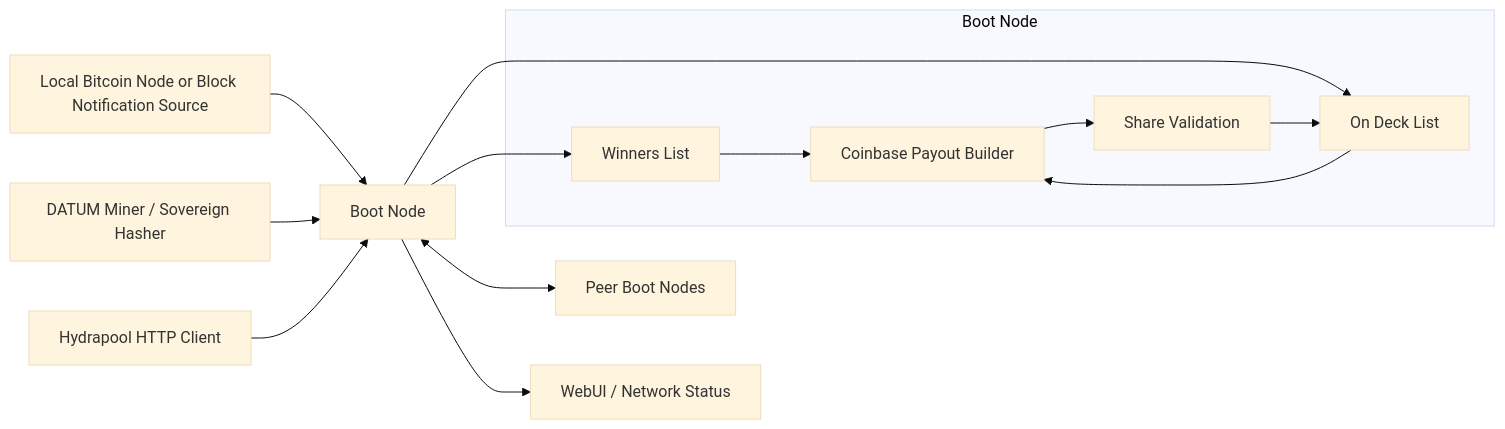
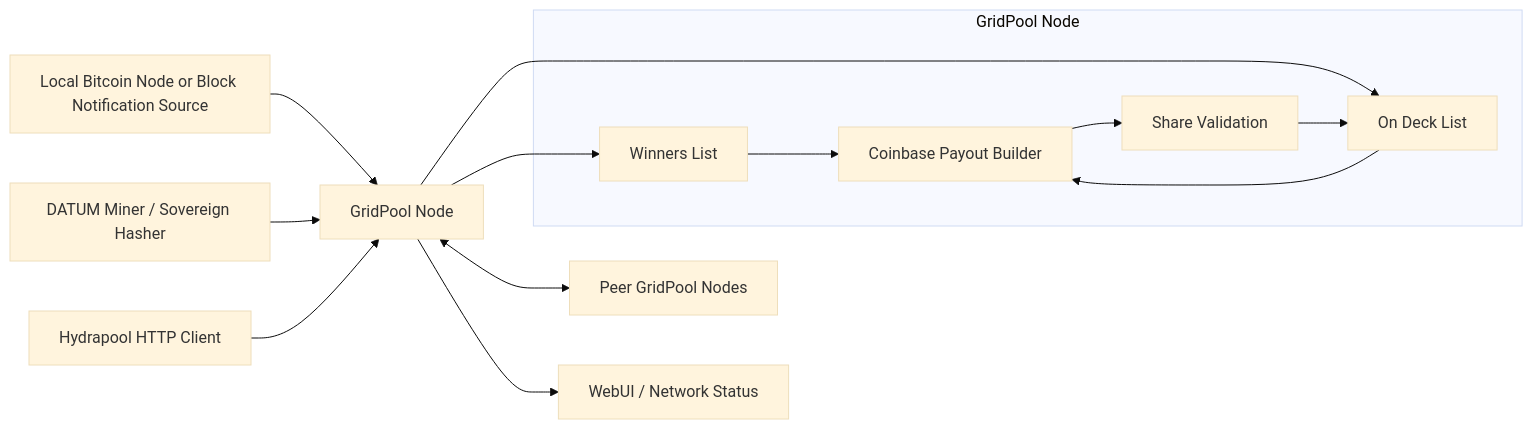
The first of 2 diagrams in docs/256-foundation-architecture.md (gridlabs-science/gridpool-blake2b), drawn with Mermaid (base theme) before and after one commit. The commit also changed other lines of this file and 41 other files, not shown here.

````diff
--- a/docs/256-foundation-architecture.md
+++ b/docs/256-foundation-architecture.md
@@ -12,17 +12,17 @@
 ```mermaid
 flowchart LR
-    A[Local Bitcoin Node or Block Notification Source] --> B[Boot Node]
+    A[Local Bitcoin Node or Block Notification Source] --> B[GridPool Node]
     C[DATUM Miner / Sovereign Hasher] --> B
     D[Hydrapool HTTP Client] --> B
-    B <--> E[Peer Boot Nodes]
+    B <--> E[Peer GridPool Nodes]
     B --> F[Winners List]
     B --> G[On Deck List]
     B --> H[WebUI / Network Status]
 
-    subgraph Boot Node
+    subgraph GridPool Node
         F --> I[Coinbase Payout Builder]
         G --> I
         I --> J[Share Validation]
         J --> G
     end
 ```
````
